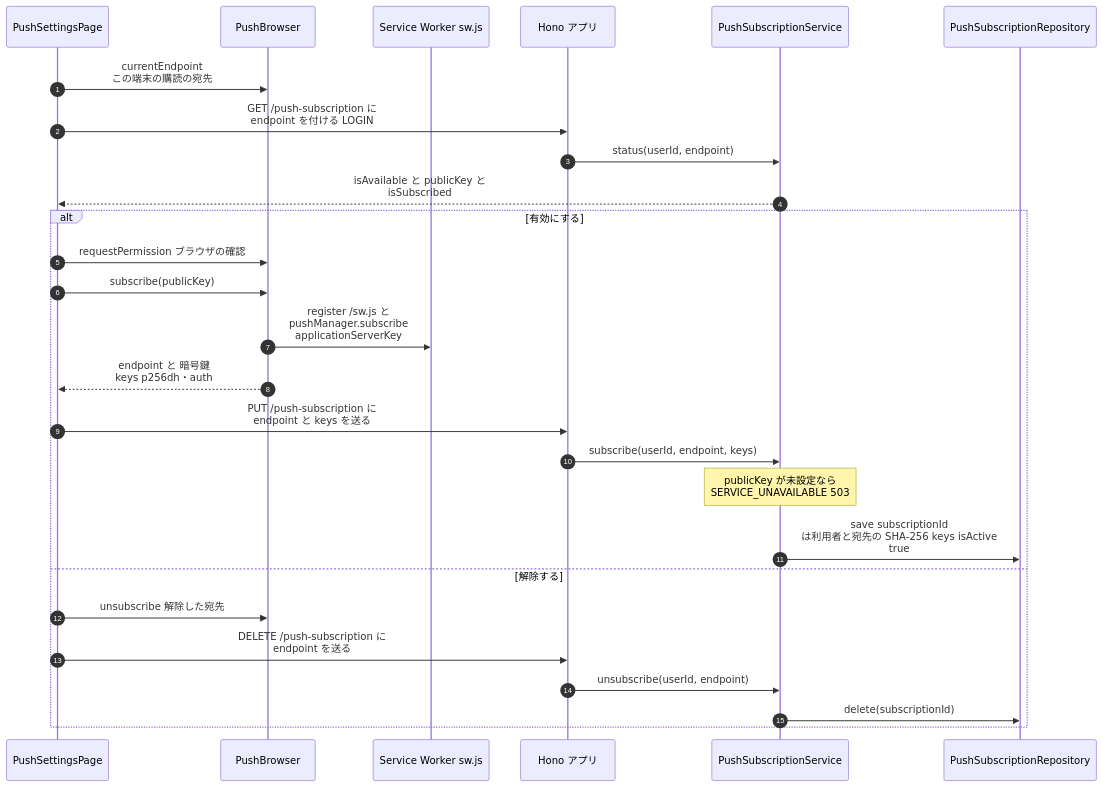
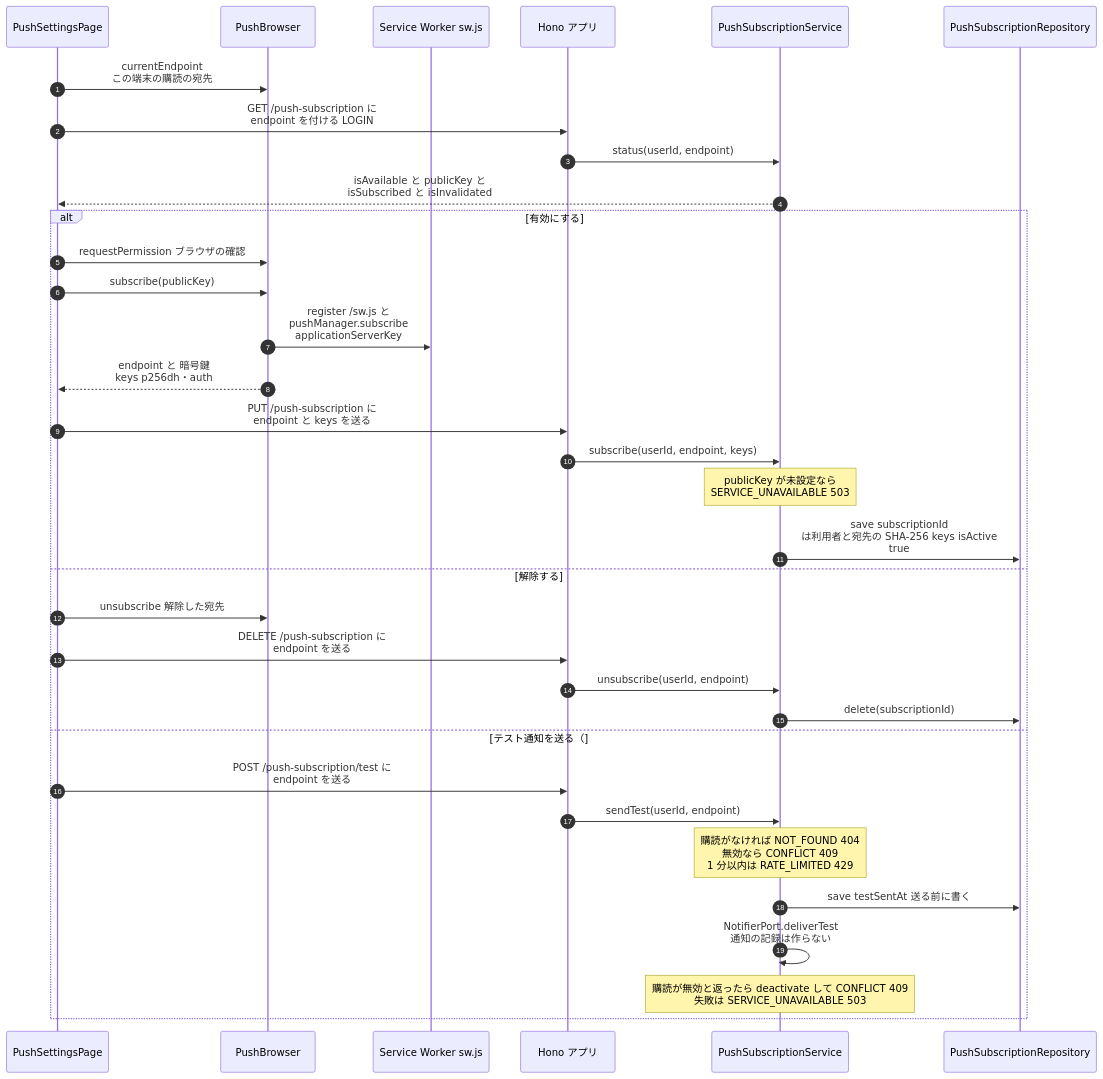
Before and after one commit to NS-APU/smart-farm-monitoring: diagram 25 of 46 in docs/10_design/architecture/as-built.md, drawn with Mermaid. The commit also changed other lines of this file and 7 other files, not shown here.

````diff
--- a/docs/10_design/architecture/as-built.md
+++ b/docs/10_design/architecture/as-built.md
@@ -1733,30 +1733,37 @@
 ```mermaid
 sequenceDiagram
   autonumber
   participant PG as PushSettingsPage
   participant PB as PushBrowser
   participant SW as Service Worker sw.js
   participant APP as Hono アプリ
   participant PS as PushSubscriptionService
   participant PR as PushSubscriptionRepository
 
   PG->>PB: currentEndpoint<br>この端末の購読の宛先
   PG->>APP: GET /push-subscription に<br>endpoint を付ける LOGIN
   APP->>PS: status(userId, endpoint)
-  PS-->>PG: isAvailable と publicKey と<br>isSubscribed
+  PS-->>PG: isAvailable と publicKey と<br>isSubscribed と isInvalidated
   alt 有効にする
     PG->>PB: requestPermission ブラウザの確認
     PG->>PB: subscribe(publicKey)
     PB->>SW: register /sw.js と<br>pushManager.subscribe<br>applicationServerKey
     PB-->>PG: endpoint と 暗号鍵<br>keys p256dh・auth
     PG->>APP: PUT /push-subscription に<br>endpoint と keys を送る
     APP->>PS: subscribe(userId, endpoint, keys)
     Note over PS: publicKey が未設定なら<br>SERVICE_UNAVAILABLE 503
     PS->>PR: save subscriptionId<br>は利用者と宛先の SHA-256 keys isActive<br>true
   else 解除する
     PG->>PB: unsubscribe 解除した宛先
     PG->>APP: DELETE /push-subscription に<br>endpoint を送る
     APP->>PS: unsubscribe(userId, endpoint)
     PS->>PR: delete(subscriptionId)
+  else テスト通知を送る（#159）
+    PG->>APP: POST /push-subscription/test に<br>endpoint を送る
+    APP->>PS: sendTest(userId, endpoint)
+    Note over PS: 購読がなければ NOT_FOUND 404<br>無効なら CONFLICT 409<br>1 分以内は RATE_LIMITED 429
+    PS->>PR: save testSentAt 送る前に書く
+    PS->>PS: NotifierPort.deliverTest<br>通知の記録は作らない
+    Note over PS: 購読が無効と返ったら deactivate して CONFLICT 409<br>失敗は SERVICE_UNAVAILABLE 503
   end
 ```
````
